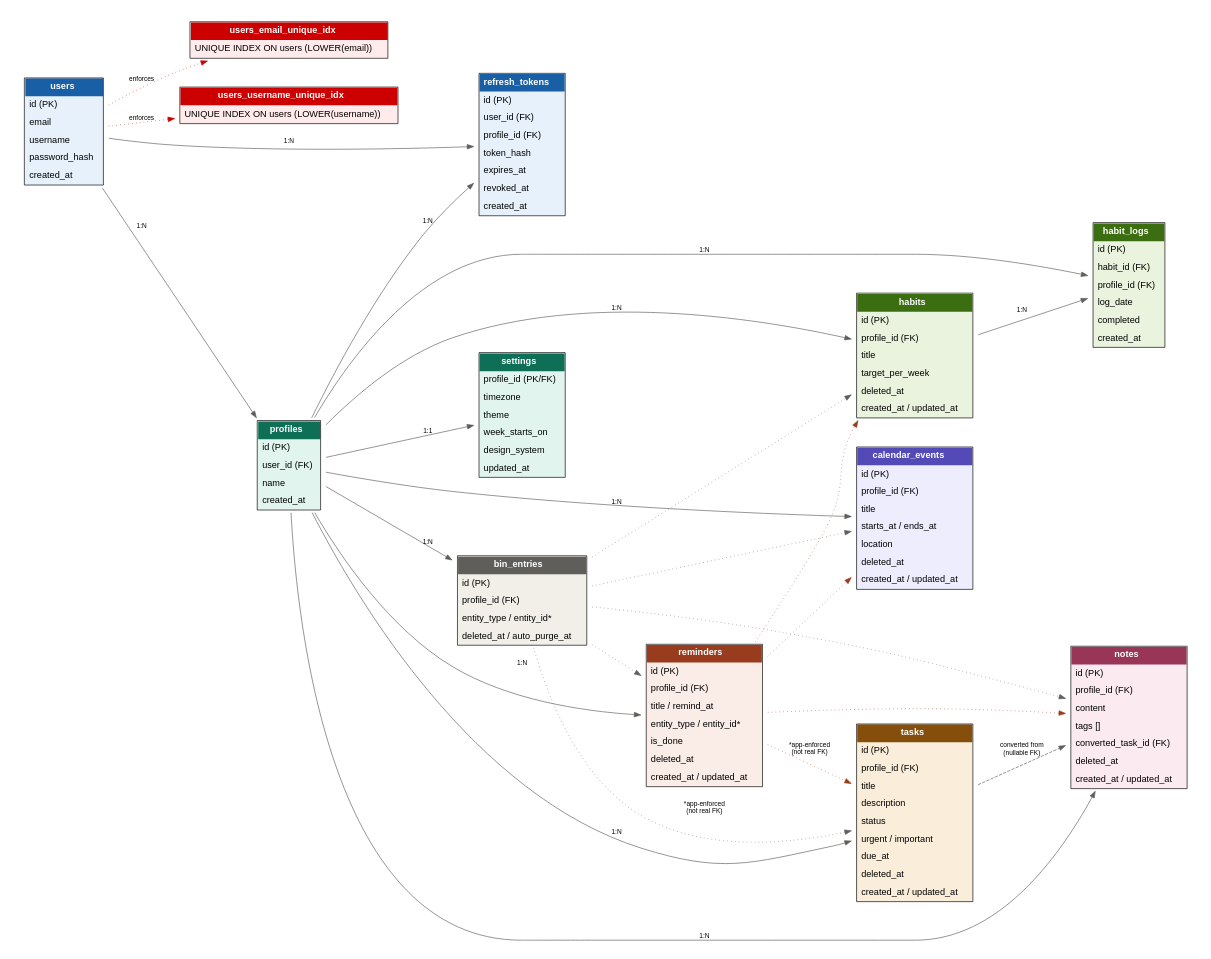
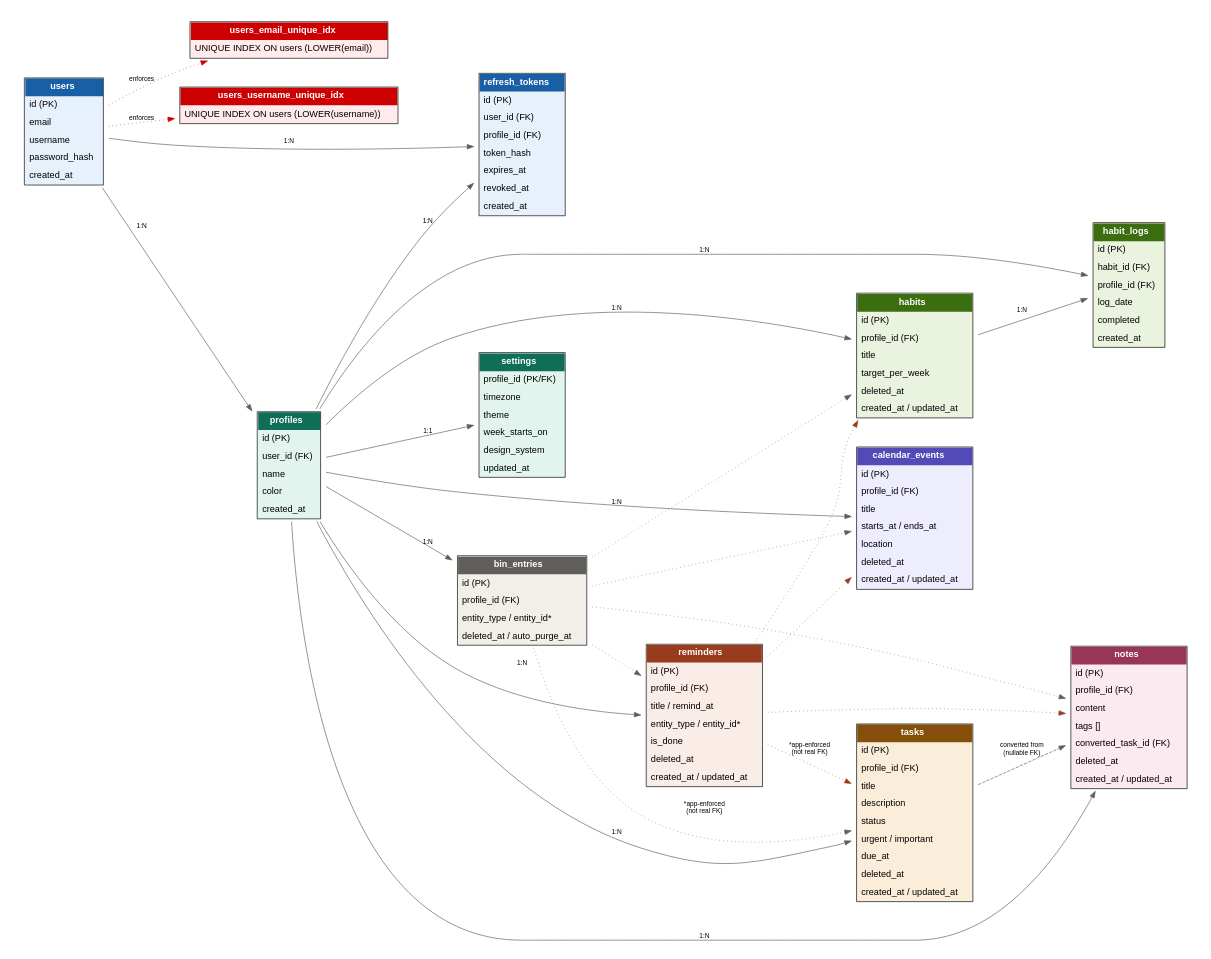
Before and after one commit to BhavanathJ/second-brain: the diagram in db/schema-erd.dot, drawn with Graphviz. The commit also changed 23 other files, not shown here.

```diff
--- a/db/schema-erd.dot
+++ b/db/schema-erd.dot
@@ -1,166 +1,167 @@
 digraph SecondBrainSchema {
   rankdir=LR;
   graph [fontname="Helvetica", bgcolor="white", pad=0.3, nodesep=0.5, ranksep=0.8];
   node [shape=plaintext, fontname="Helvetica"];
   edge [fontname="Helvetica", fontsize=10, color="#5f5e5a"];
 
   users [label=<
     <table border="1" cellborder="0" cellspacing="0" cellpadding="6" bgcolor="#E6F1FB">
       <tr><td bgcolor="#185FA5"><font color="white"><b>users</b></font></td></tr>
       <tr><td align="left">id (PK)</td></tr>
       <tr><td align="left">email</td></tr>
       <tr><td align="left">username</td></tr>
       <tr><td align="left">password_hash</td></tr>
       <tr><td align="left">created_at</td></tr>
     </table>>];
 
   users_email_unique_idx [label=<
     <table border="1" cellborder="0" cellspacing="0" cellpadding="6" bgcolor="#FFEBEB">
       <tr><td bgcolor="#CC0000"><font color="white"><b>users_email_unique_idx</b></font></td></tr>
       <tr><td align="left">UNIQUE INDEX ON users (LOWER(email))</td></tr>
     </table>>];
 
   users_username_unique_idx [label=<
     <table border="1" cellborder="0" cellspacing="0" cellpadding="6" bgcolor="#FFEBEB">
       <tr><td bgcolor="#CC0000"><font color="white"><b>users_username_unique_idx</b></font></td></tr>
       <tr><td align="left">UNIQUE INDEX ON users (LOWER(username))</td></tr>
     </table>>];
 
   profiles [label=<
     <table border="1" cellborder="0" cellspacing="0" cellpadding="6" bgcolor="#E1F5EE">
       <tr><td bgcolor="#0F6E56"><font color="white"><b>profiles</b></font></td></tr>
       <tr><td align="left">id (PK)</td></tr>
       <tr><td align="left">user_id (FK)</td></tr>
       <tr><td align="left">name</td></tr>
+      <tr><td align="left">color</td></tr>
       <tr><td align="left">created_at</td></tr>
     </table>>];
 
   refresh_tokens [label=<
     <table border="1" cellborder="0" cellspacing="0" cellpadding="6" bgcolor="#E6F1FB">
       <tr><td bgcolor="#185FA5"><font color="white"><b>refresh_tokens</b></font></td></tr>
       <tr><td align="left">id (PK)</td></tr>
       <tr><td align="left">user_id (FK)</td></tr>
       <tr><td align="left">profile_id (FK)</td></tr>
       <tr><td align="left">token_hash</td></tr>
       <tr><td align="left">expires_at</td></tr>
       <tr><td align="left">revoked_at</td></tr>
       <tr><td align="left">created_at</td></tr>
     </table>>];
 
   settings [label=<
     <table border="1" cellborder="0" cellspacing="0" cellpadding="6" bgcolor="#E1F5EE">
       <tr><td bgcolor="#0F6E56"><font color="white"><b>settings</b></font></td></tr>
       <tr><td align="left">profile_id (PK/FK)</td></tr>
       <tr><td align="left">timezone</td></tr>
       <tr><td align="left">theme</td></tr>
       <tr><td align="left">week_starts_on</td></tr>
       <tr><td align="left">design_system</td></tr>
       <tr><td align="left">updated_at</td></tr>
     </table>>];
 
   tasks [label=<
     <table border="1" cellborder="0" cellspacing="0" cellpadding="6" bgcolor="#FAEEDA">
       <tr><td bgcolor="#854F0B"><font color="white"><b>tasks</b></font></td></tr>
       <tr><td align="left">id (PK)</td></tr>
       <tr><td align="left">profile_id (FK)</td></tr>
       <tr><td align="left">title</td></tr>
       <tr><td align="left">description</td></tr>
       <tr><td align="left">status</td></tr>
       <tr><td align="left">urgent / important</td></tr>
       <tr><td align="left">due_at</td></tr>
       <tr><td align="left">deleted_at</td></tr>
       <tr><td align="left">created_at / updated_at</td></tr>
     </table>>];
 
   notes [label=<
     <table border="1" cellborder="0" cellspacing="0" cellpadding="6" bgcolor="#FBEAF0">
       <tr><td bgcolor="#993556"><font color="white"><b>notes</b></font></td></tr>
       <tr><td align="left">id (PK)</td></tr>
       <tr><td align="left">profile_id (FK)</td></tr>
       <tr><td align="left">content</td></tr>
       <tr><td align="left">tags []</td></tr>
       <tr><td align="left">converted_task_id (FK)</td></tr>
       <tr><td align="left">deleted_at</td></tr>
       <tr><td align="left">created_at / updated_at</td></tr>
     </table>>];
 
   habits [label=<
     <table border="1" cellborder="0" cellspacing="0" cellpadding="6" bgcolor="#EAF3DE">
       <tr><td bgcolor="#3B6D11"><font color="white"><b>habits</b></font></td></tr>
       <tr><td align="left">id (PK)</td></tr>
       <tr><td align="left">profile_id (FK)</td></tr>
       <tr><td align="left">title</td></tr>
       <tr><td align="left">target_per_week</td></tr>
       <tr><td align="left">deleted_at</td></tr>
       <tr><td align="left">created_at / updated_at</td></tr>
     </table>>];
 
   habit_logs [label=<
     <table border="1" cellborder="0" cellspacing="0" cellpadding="6" bgcolor="#EAF3DE">
       <tr><td bgcolor="#3B6D11"><font color="white"><b>habit_logs</b></font></td></tr>
       <tr><td align="left">id (PK)</td></tr>
       <tr><td align="left">habit_id (FK)</td></tr>
       <tr><td align="left">profile_id (FK)</td></tr>
       <tr><td align="left">log_date</td></tr>
       <tr><td align="left">completed</td></tr>
       <tr><td align="left">created_at</td></tr>
     </table>>];
 
   calendar_events [label=<
     <table border="1" cellborder="0" cellspacing="0" cellpadding="6" bgcolor="#EEEDFE">
       <tr><td bgcolor="#534AB7"><font color="white"><b>calendar_events</b></font></td></tr>
       <tr><td align="left">id (PK)</td></tr>
       <tr><td align="left">profile_id (FK)</td></tr>
       <tr><td align="left">title</td></tr>
       <tr><td align="left">starts_at / ends_at</td></tr>
       <tr><td align="left">location</td></tr>
       <tr><td align="left">deleted_at</td></tr>
       <tr><td align="left">created_at / updated_at</td></tr>
     </table>>];
 
   reminders [label=<
     <table border="1" cellborder="0" cellspacing="0" cellpadding="6" bgcolor="#FAECE7">
       <tr><td bgcolor="#993C1D"><font color="white"><b>reminders</b></font></td></tr>
       <tr><td align="left">id (PK)</td></tr>
       <tr><td align="left">profile_id (FK)</td></tr>
       <tr><td align="left">title / remind_at</td></tr>
       <tr><td align="left">entity_type / entity_id*</td></tr>
       <tr><td align="left">is_done</td></tr>
       <tr><td align="left">deleted_at</td></tr>
       <tr><td align="left">created_at / updated_at</td></tr>
     </table>>];
 
   bin_entries [label=<
     <table border="1" cellborder="0" cellspacing="0" cellpadding="6" bgcolor="#F1EFE8">
       <tr><td bgcolor="#5F5E5A"><font color="white"><b>bin_entries</b></font></td></tr>
       <tr><td align="left">id (PK)</td></tr>
       <tr><td align="left">profile_id (FK)</td></tr>
       <tr><td align="left">entity_type / entity_id*</td></tr>
       <tr><td align="left">deleted_at / auto_purge_at</td></tr>
     </table>>];
 
   users -> profiles [label="1:N"];
   users -> users_email_unique_idx [style=dotted color="#CC0000" label="enforces"];
   users -> users_username_unique_idx [style=dotted color="#CC0000" label="enforces"];
   users -> refresh_tokens [label="1:N"];
   profiles -> refresh_tokens [label="1:N"];
   profiles -> settings [label="1:1"];
   profiles -> tasks [label="1:N"];
   profiles -> notes [label="1:N"];
   profiles -> habits [label="1:N"];
   profiles -> habit_logs [label="1:N"];
   profiles -> calendar_events [label="1:N"];
   profiles -> reminders [label="1:N"];
   profiles -> bin_entries [label="1:N"];
   tasks -> notes [label="converted from\n(nullable FK)" style=dashed];
   habits -> habit_logs [label="1:N"];
   reminders -> tasks [label="*app-enforced\n(not real FK)" style=dotted color="#993C1D"];
   reminders -> habits [style=dotted color="#993C1D"];
   reminders -> calendar_events [style=dotted color="#993C1D"];
   reminders -> notes [style=dotted color="#993C1D"];
   bin_entries -> tasks [label="*app-enforced\n(not real FK)" style=dotted color="#5F5E5A"];
   bin_entries -> notes [style=dotted color="#5F5E5A"];
   bin_entries -> habits [style=dotted color="#5F5E5A"];
   bin_entries -> calendar_events [style=dotted color="#5F5E5A"];
   bin_entries -> reminders [style=dotted color="#5F5E5A"];
 }
```
